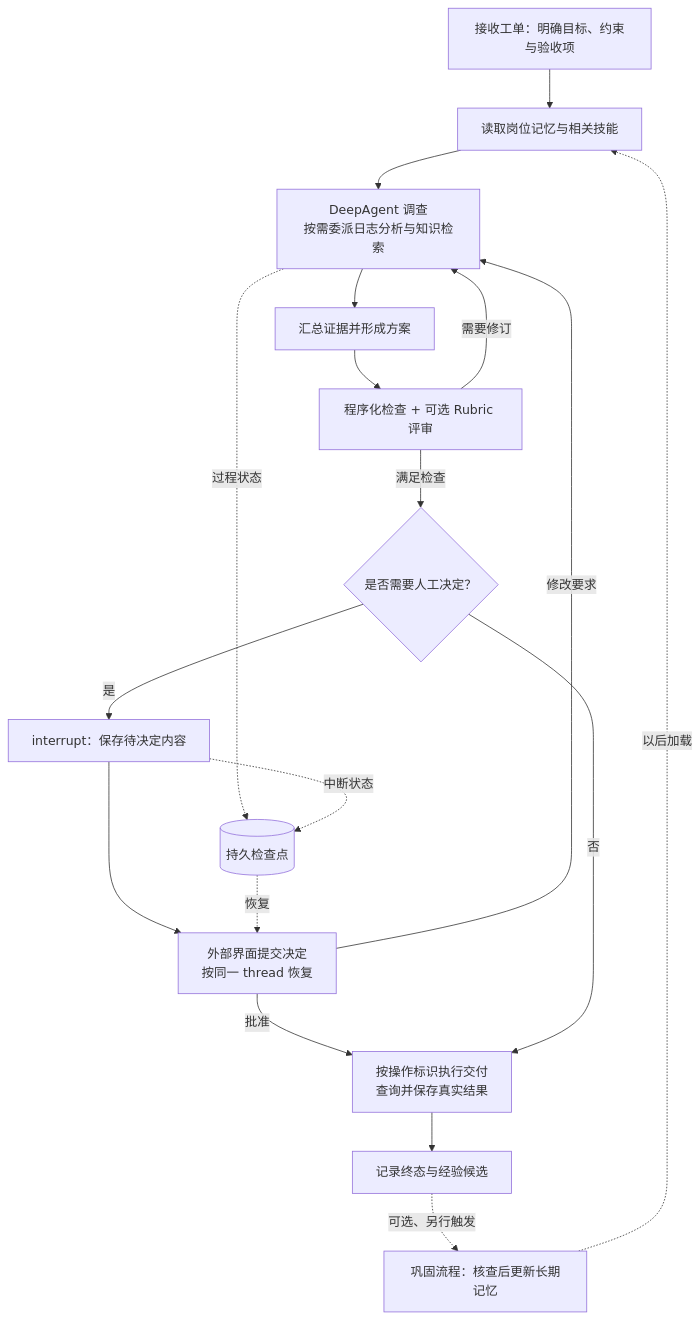
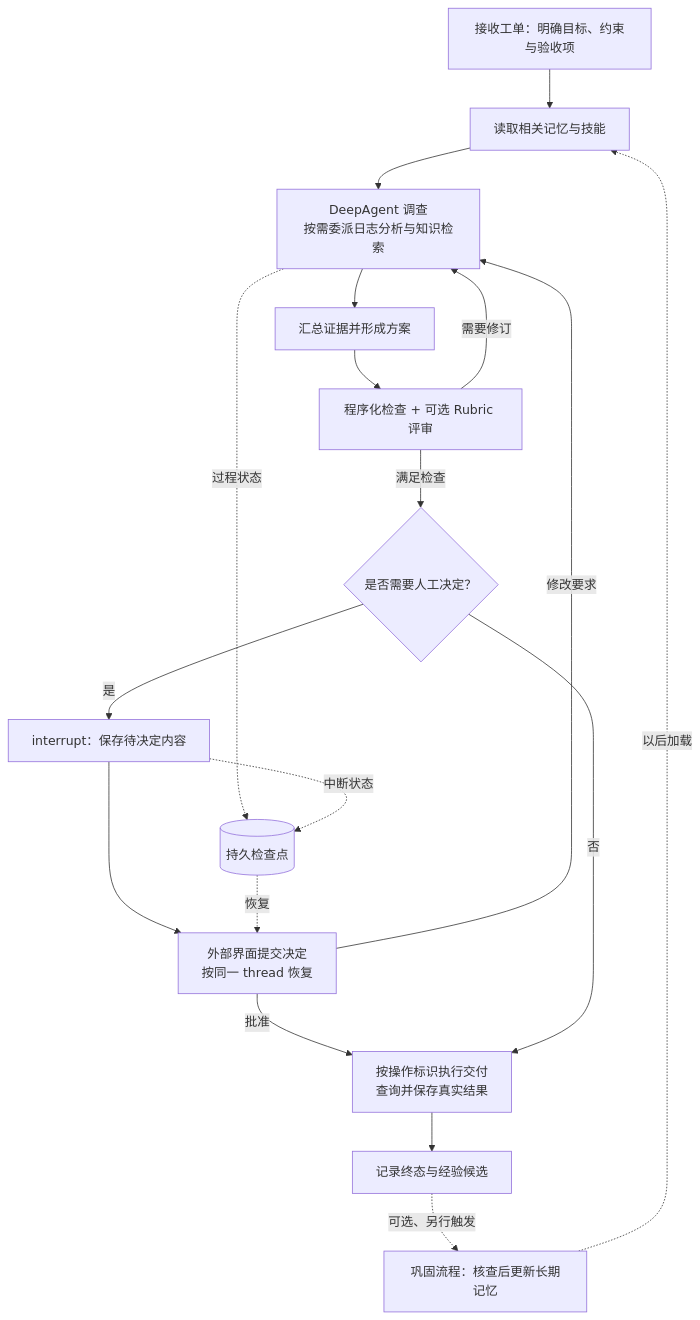
Before and after one commit to Uyouii/Reading: the third of 3 diagrams in 大模型/Agents/LangGraph 与 DeepAgents 设计与实现.md, drawn with Mermaid. The commit also changed other lines of this file and 3 other files, not shown here.

````diff
--- a/大模型/Agents/LangGraph 与 DeepAgents 设计与实现.md
+++ b/大模型/Agents/LangGraph 与 DeepAgents 设计与实现.md
@@ -207,20 +207,20 @@
 ```mermaid
 flowchart TD
-    A["接收工单：明确目标、约束与验收项"] --> B["读取岗位记忆与相关技能"]
+    A["接收工单：明确目标、约束与验收项"] --> B["读取相关记忆与技能"]
     B --> C["DeepAgent 调查<br/>按需委派日志分析与知识检索"]
     C --> D["汇总证据并形成方案"]
     D --> E["程序化检查 + 可选 Rubric 评审"]
     E -->|需要修订| C
     E -->|满足检查| F{"是否需要人工决定？"}
     F -->|是| G["interrupt：保存待决定内容"]
     G --> H["外部界面提交决定<br/>按同一 thread 恢复"]
     H -->|修改要求| C
     H -->|批准| I["按操作标识执行交付<br/>查询并保存真实结果"]
     F -->|否| I
     I --> J["记录终态与经验候选"]
     J -. "可选、另行触发" .-> K["巩固流程：核查后更新长期记忆"]
     K -. "以后加载" .-> B
     C -. "过程状态" .-> S[("持久检查点")]
     G -. "中断状态" .-> S
     S -. "恢复" .-> H
 ```
````
